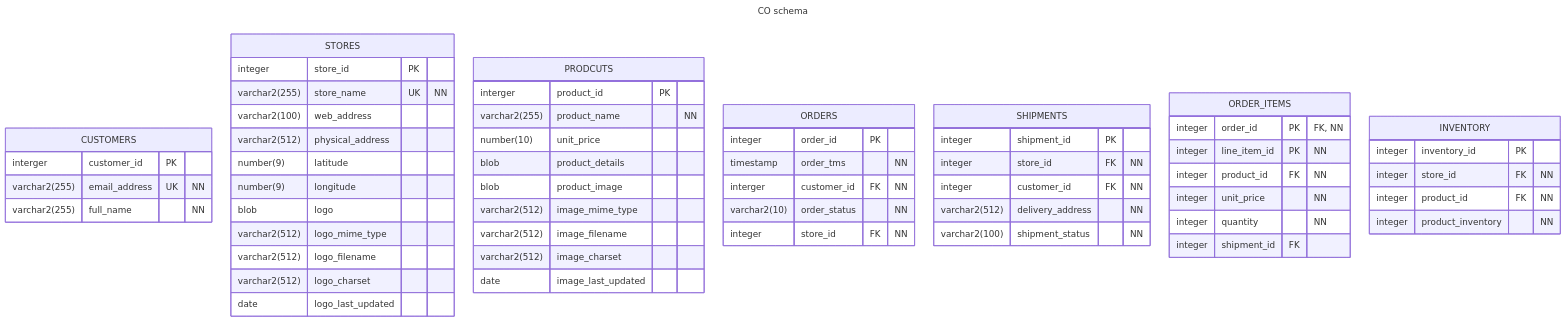
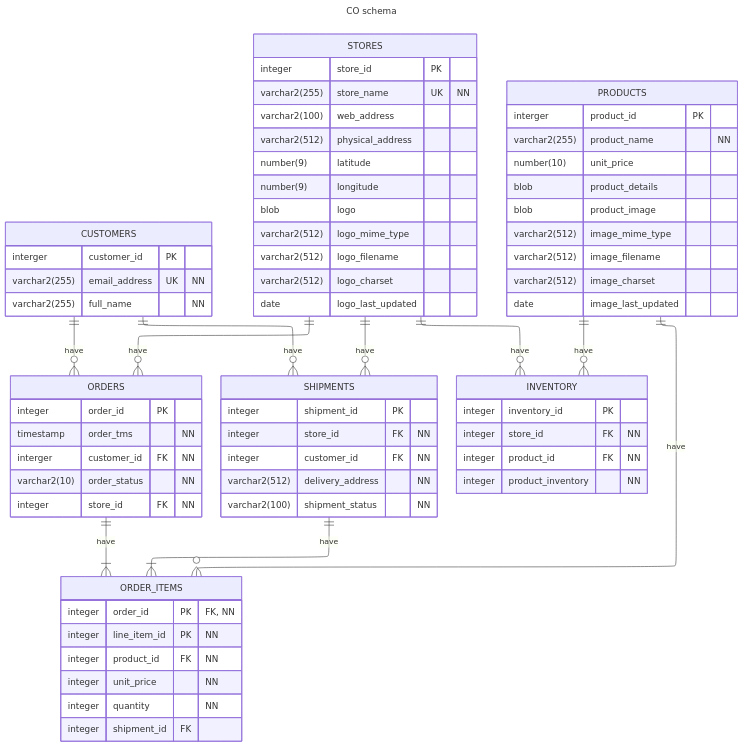
One commit to oracle-samples/db-sample-schemas changed the diagram in customer_orders/README.md. Above: the diagram before and after it, drawn with Mermaid.

Commit message:
Updated Mermaid diagram

````diff
--- a/customer_orders/README.md
+++ b/customer_orders/README.md
@@ -154,73 +154,81 @@
 ```mermaid
 ---
 title: CO schema
 config:
   layout: elk
 ---
 erDiagram
+  CUSTOMERS ||--o{  ORDERS      : have
+  CUSTOMERS ||--o{  SHIPMENTS   : have
+  STORES    ||--o{  ORDERS      : have
+  STORES    ||--o{  SHIPMENTS   : have
+  STORES    ||--o{  INVENTORY   : have
+  ORDERS    ||--|{  ORDER_ITEMS : have
+  SHIPMENTS ||--|{  ORDER_ITEMS : have
+  PRODUCTS  ||--o{  ORDER_ITEMS : have
+  PRODUCTS  ||--o{  INVENTORY   : have
 
   CUSTOMERS {
     interger       customer_id    PK
     varchar2(255)  email_address  UK "NN"
     varchar2(255)  full_name         "NN"
   }
 
   STORES {
     integer        store_id            PK
     varchar2(255)  store_name          UK "NN"
     varchar2(100)  web_address
     varchar2(512)  physical_address
     number(9)      latitude
     number(9)      longitude
     blob           logo
     varchar2(512)  logo_mime_type
     varchar2(512)  logo_filename
     varchar2(512)  logo_charset
     date           logo_last_updated
   }
 
-  PRODCUTS {
+  PRODUCTS {
     interger       product_id         PK
     varchar2(255)  product_name          "NN"
     number(10)     unit_price
     blob           product_details
     blob           product_image
     varchar2(512)  image_mime_type
     varchar2(512)  image_filename
     varchar2(512)  image_charset
     date           image_last_updated
   }
 
   ORDERS {
     integer      order_id       PK
     timestamp    order_tms         "NN"
     interger     customer_id    FK "NN"
     varchar2(10) order_status      "NN"
     integer      store_id       FK "NN"
   }
 
   SHIPMENTS {
     integer        shipment_id       PK
     integer        store_id          FK "NN"
     integer        customer_id       FK "NN"
     varchar2(512)  delivery_address     "NN"
     varchar2(100)  shipment_status      "NN"
   }
 
   ORDER_ITEMS {
     integer   order_id      PK "FK, NN"
     integer   line_item_id  PK "NN"
     integer   product_id    FK "NN"
     integer   unit_price    "NN"
     integer   quantity      "NN"
     integer   shipment_id   FK
   }
 
   INVENTORY {
     integer    inventory_id       PK
     integer    store_id           FK "NN"
     integer    product_id         FK "NN"
   integer      product_inventory     "NN"
 }
-
 ```
````
